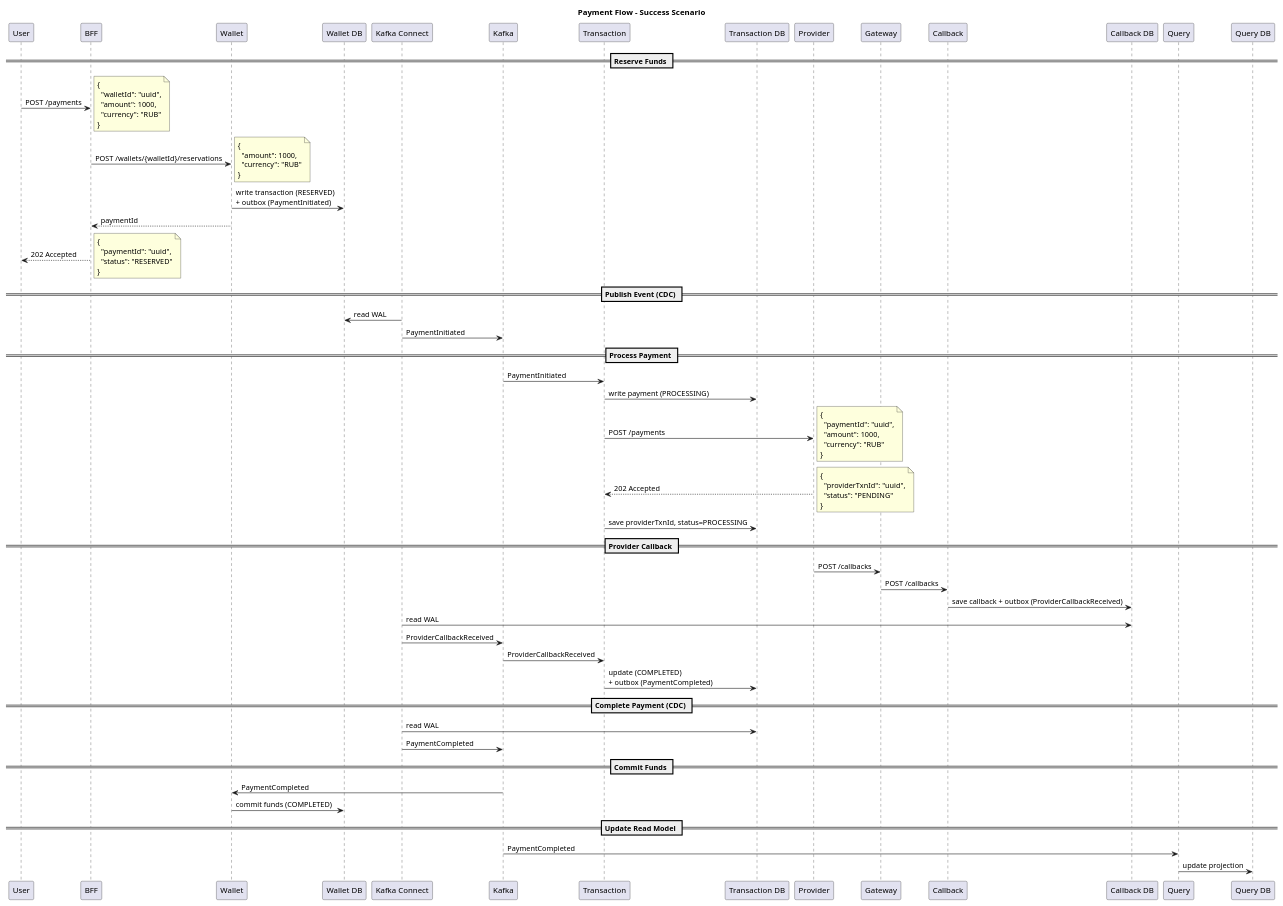
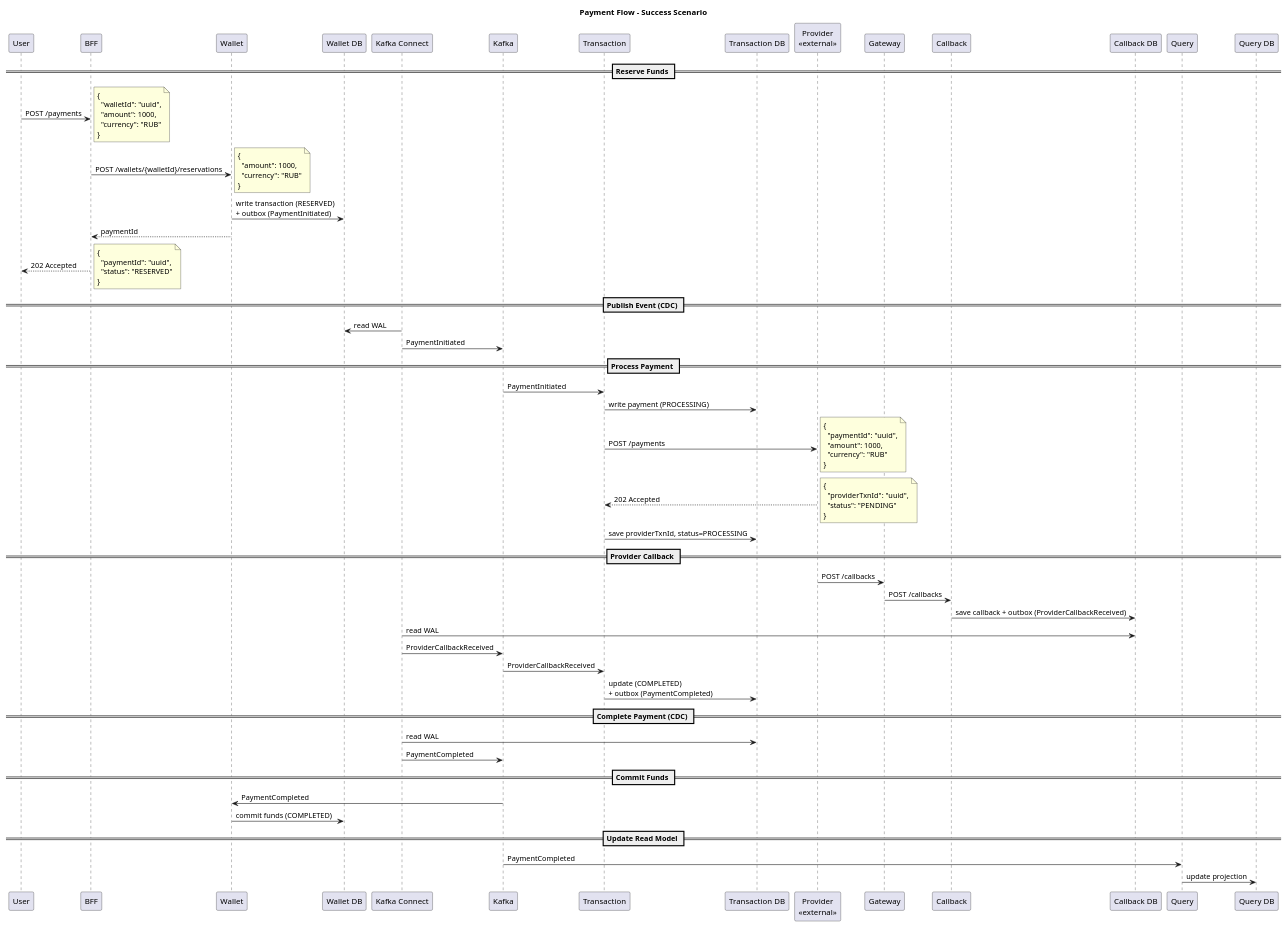
Before and after one commit to krsvyat/system-design: the diagram in week2/diagrams/seq-success.puml, drawn with PlantUML. The commit also changed 19 other files, not shown here.

```diff
--- a/week2/diagrams/seq-success.puml
+++ b/week2/diagrams/seq-success.puml
@@ -1,99 +1,99 @@
-@startuml seq_success
+@startuml seq-success
 title Payment Flow - Success Scenario
 
 participant User
 participant BFF
 participant Wallet
 participant "Wallet DB" as WalletDB
 participant "Kafka Connect" as KC
 participant Kafka
 participant Transaction
 participant "Transaction DB" as TxDB
-participant Provider
+participant "Provider\n<<external>>" as Provider
 participant Gateway
 participant Callback
 participant "Callback DB" as CallbackDB
 participant Query
 participant "Query DB" as QueryDB
 
 == Reserve Funds ==
 
 User -> BFF: POST /payments
 note right
   {
     "walletId": "uuid",
     "amount": 1000,
     "currency": "RUB"
   }
 end note
 
 BFF -> Wallet: POST /wallets/{walletId}/reservations
 note right
   {
     "amount": 1000,
     "currency": "RUB"
   }
 end note
 Wallet -> WalletDB: write transaction (RESERVED)\n+ outbox (PaymentInitiated)
 Wallet --> BFF: paymentId
 
 BFF --> User: 202 Accepted
 note right
   {
     "paymentId": "uuid",
     "status": "RESERVED"
   }
 end note
 
 == Publish Event (CDC) ==
 
 KC -> WalletDB: read WAL
 KC -> Kafka: PaymentInitiated
 
 == Process Payment ==
 
 Kafka -> Transaction: PaymentInitiated
 Transaction -> TxDB: write payment (PROCESSING)
 Transaction -> Provider: POST /payments
 note right
   {
     "paymentId": "uuid",
     "amount": 1000,
     "currency": "RUB"
   }
 end note
 Provider --> Transaction: 202 Accepted
 note right
   {
     "providerTxnId": "uuid",
     "status": "PENDING"
   }
 end note
 Transaction -> TxDB: save providerTxnId, status=PROCESSING
 
 == Provider Callback ==
 
 Provider -> Gateway: POST /callbacks
 Gateway -> Callback: POST /callbacks
 Callback -> CallbackDB: save callback + outbox (ProviderCallbackReceived)
 KC -> CallbackDB: read WAL
 KC -> Kafka: ProviderCallbackReceived
 Kafka -> Transaction: ProviderCallbackReceived
 Transaction -> TxDB: update (COMPLETED)\n+ outbox (PaymentCompleted)
 
 == Complete Payment (CDC) ==
 
 KC -> TxDB: read WAL
 KC -> Kafka: PaymentCompleted
 
 == Commit Funds ==
 
 Kafka -> Wallet: PaymentCompleted
 Wallet -> WalletDB: commit funds (COMPLETED)
 
 == Update Read Model ==
 
 Kafka -> Query: PaymentCompleted
 Query -> QueryDB: update projection
 
 @enduml
```
